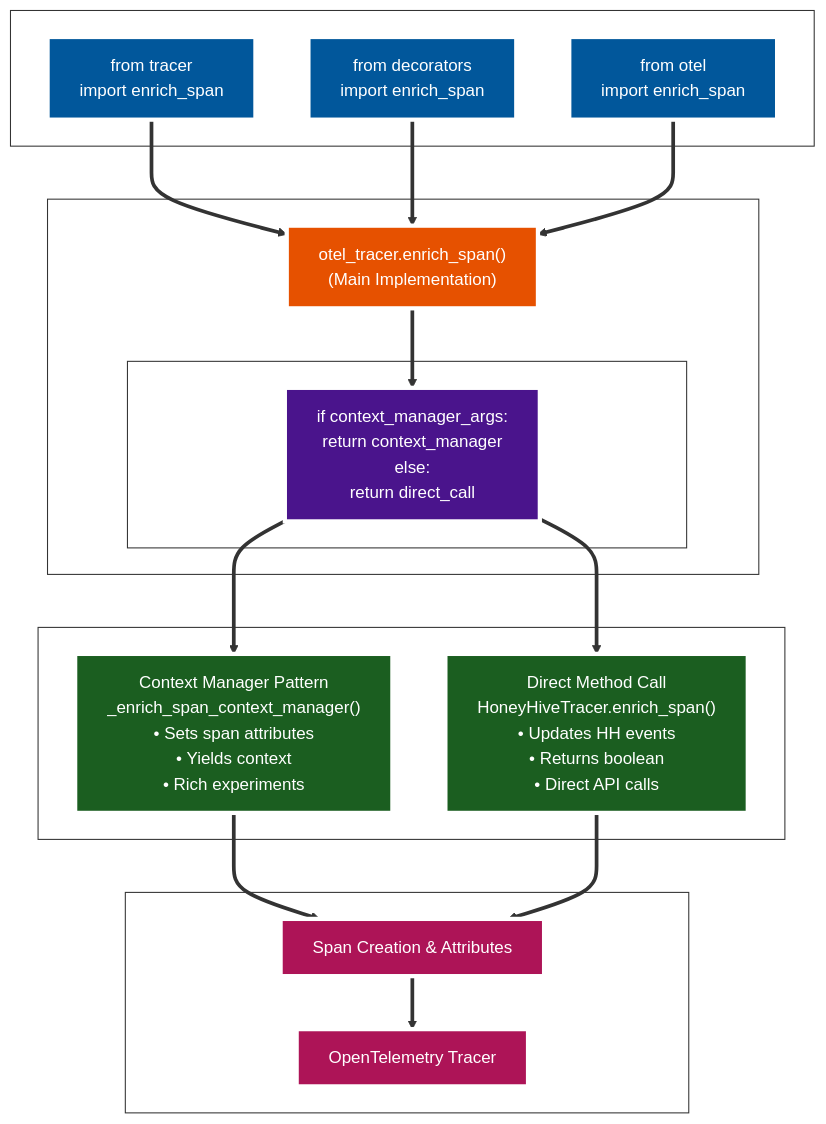
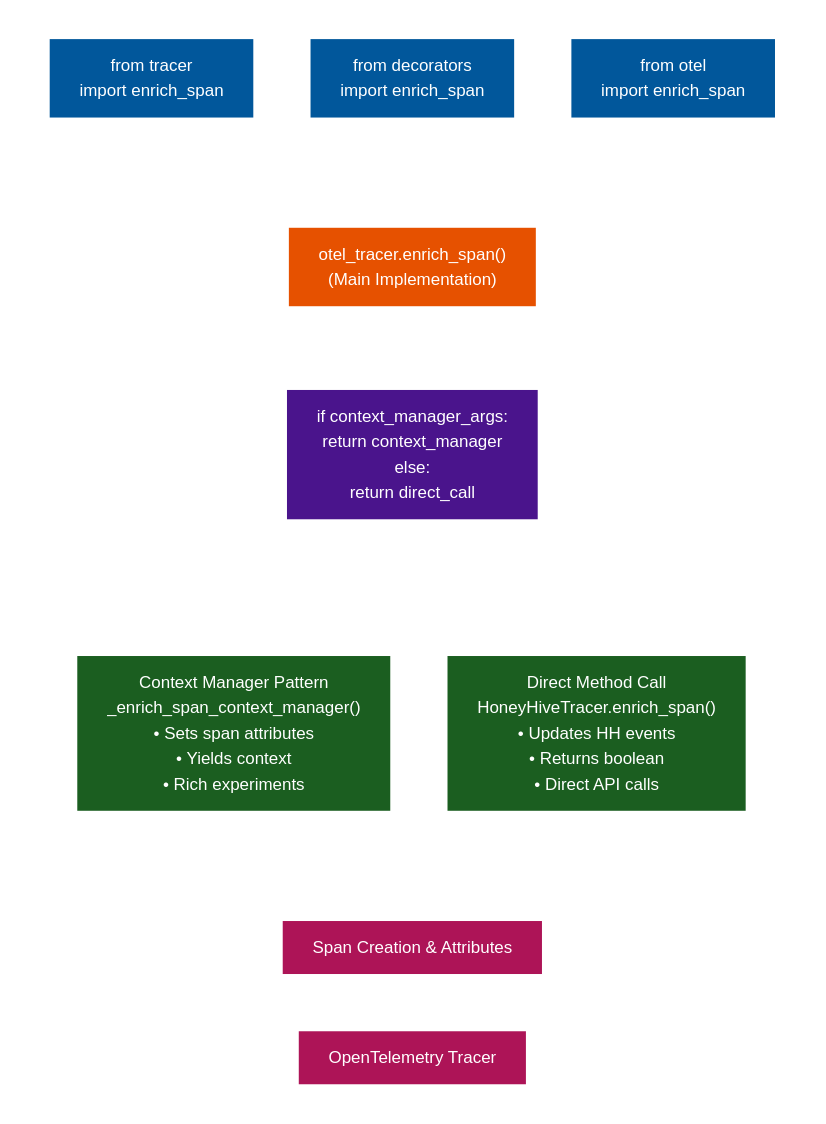
The diagram in docs/explanation/concepts/tracing-fundamentals.rst (honeyhiveai/python-sdk), drawn with Mermaid before and after one commit. The commit also changed 3 other files, not shown here.

First line of the commit message:
fix: Update Mermaid diagrams for proper dual-theme support

```diff
--- a/docs/explanation/concepts/tracing-fundamentals.rst
+++ b/docs/explanation/concepts/tracing-fundamentals.rst
@@ -112,53 +112,53 @@
 .. mermaid::
 
-   %%{init: {'theme':'base', 'themeVariables': {'primaryColor': '#4F81BD', 'primaryTextColor': '#333333', 'primaryBorderColor': '#333333', 'lineColor': '#333333', 'mainBkg': 'transparent', 'secondBkg': 'transparent', 'tertiaryColor': 'transparent', 'clusterBkg': 'transparent', 'clusterBorder': '#333333', 'edgeLabelBackground': 'transparent', 'background': 'transparent'}, 'flowchart': {'linkColor': '#333333', 'linkWidth': 2}}}%%
+   %%{init: {'theme':'base', 'themeVariables': {'primaryColor': '#4F81BD', 'primaryTextColor': '#ffffff', 'primaryBorderColor': '#ffffff', 'lineColor': '#ffffff', 'mainBkg': 'transparent', 'secondBkg': 'transparent', 'tertiaryColor': 'transparent', 'clusterBkg': 'transparent', 'clusterBorder': '#ffffff', 'edgeLabelBackground': 'transparent', 'background': 'transparent'}, 'flowchart': {'linkColor': '#ffffff', 'linkWidth': 2}}}%%
    graph TB
        subgraph "Enrichment Entry Points"
            EP1["from tracer<br/>import enrich_span"]
            EP2["from decorators<br/>import enrich_span"]
            EP3["from otel<br/>import enrich_span"]
        end
        
        subgraph "Unified Implementation"
            UI["otel_tracer.enrich_span()<br/>(Main Implementation)"]
            
            subgraph "Pattern Detection Logic"
                PD["if context_manager_args:<br/>return context_manager<br/>else:<br/>return direct_call"]
            end
        end
        
        subgraph "Execution Paths"
            CM["Context Manager Pattern<br/>_enrich_span_context_manager()<br/>• Sets span attributes<br/>• Yields context<br/>• Rich experiments"]
            DC["Direct Method Call<br/>HoneyHiveTracer.enrich_span()<br/>• Updates HH events<br/>• Returns boolean<br/>• Direct API calls"]
        end
        
        subgraph "OpenTelemetry Integration"
            SPAN["Span Creation & Attributes"]
            OTEL["OpenTelemetry Tracer"]
        end
        
        EP1 ==> UI
        EP2 ==> UI  
        EP3 ==> UI
        
        UI ==> PD
        
        PD ==> CM
        PD ==> DC
        
        CM ==> SPAN
        DC ==> SPAN
        
        SPAN ==> OTEL
        
        classDef entryPoint fill:#01579b,stroke:#ffffff,stroke-width:4px,color:#ffffff
        classDef unified fill:#e65100,stroke:#ffffff,stroke-width:4px,color:#ffffff
        classDef pattern fill:#4a148c,stroke:#ffffff,stroke-width:4px,color:#ffffff
        classDef execution fill:#1b5e20,stroke:#ffffff,stroke-width:4px,color:#ffffff
        classDef otel fill:#ad1457,stroke:#ffffff,stroke-width:4px,color:#ffffff
        
        class EP1,EP2,EP3 entryPoint
        class UI unified
        class PD pattern
        class CM,DC execution
        class SPAN,OTEL otel
```
